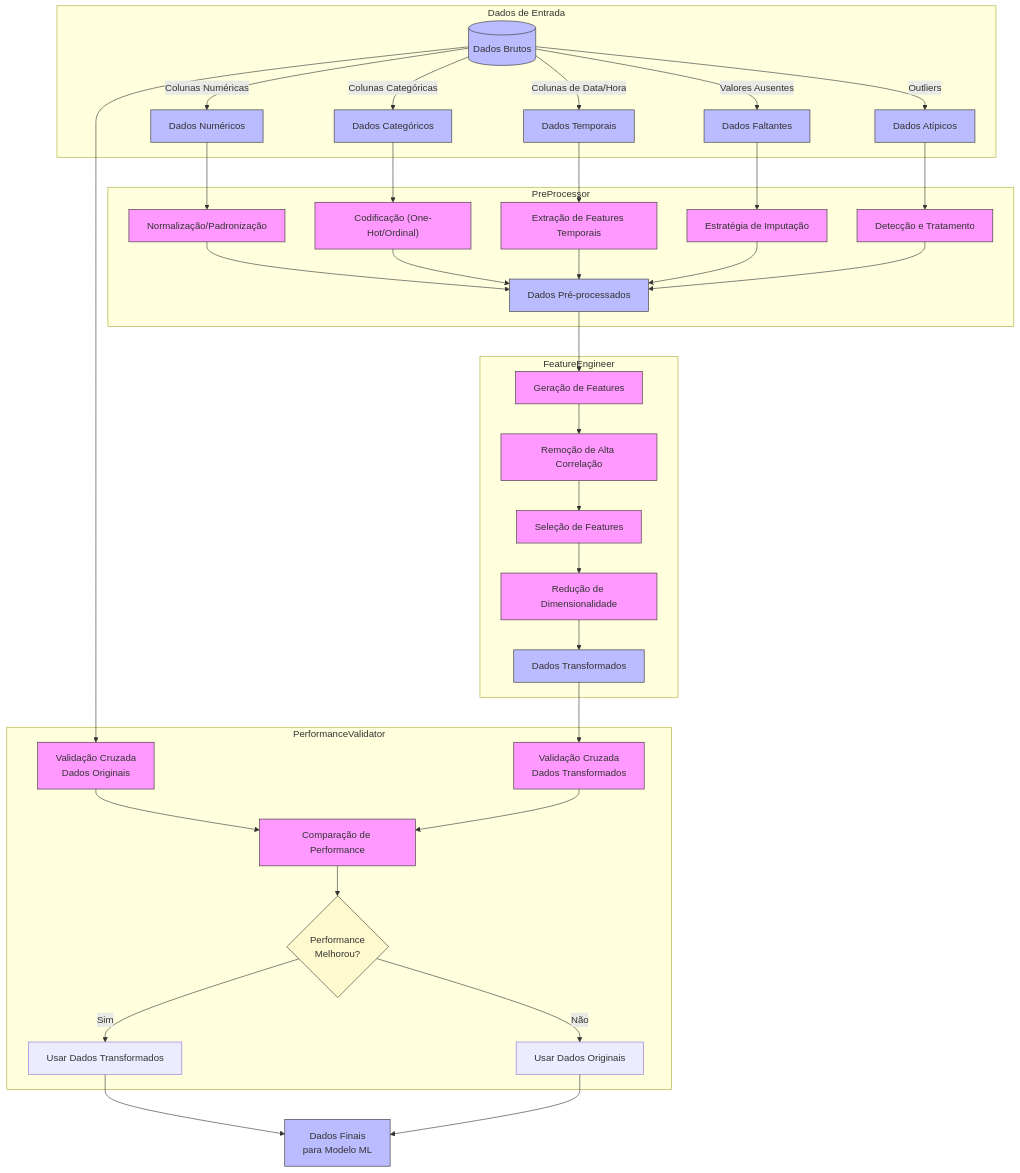
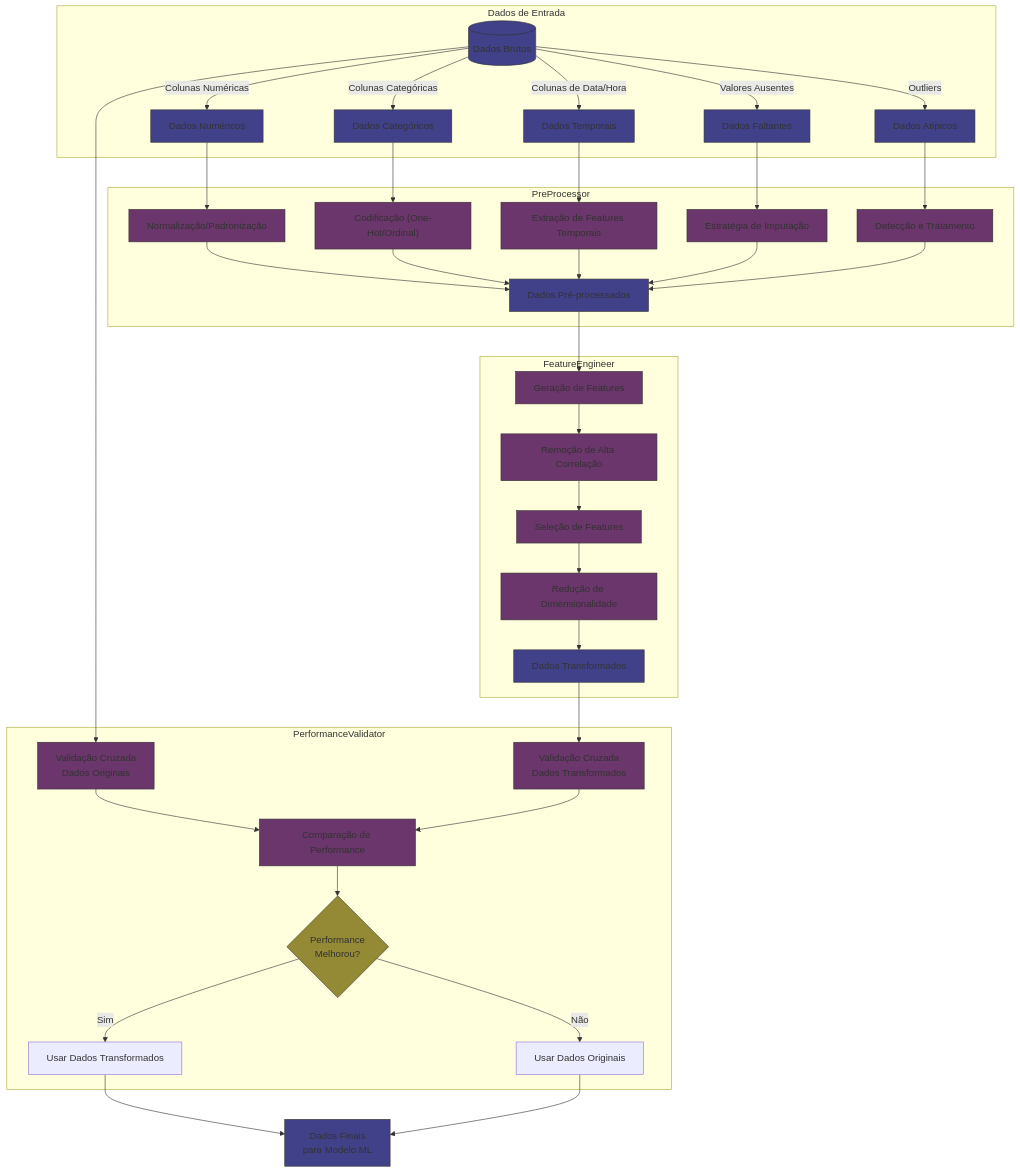
The diagram in readme.md (paulohenriquevn/autofeat), drawn with Mermaid before and after one commit.

Commit message:
Alterando cores grafico

````diff
--- a/readme.md
+++ b/readme.md
@@ -116,51 +116,51 @@
 ```mermaid
 graph TD
     subgraph "Dados de Entrada"
         raw[("Dados Brutos")]
         raw --> |"Colunas Numéricas"| num["Dados Numéricos"]
         raw --> |"Colunas Categóricas"| cat["Dados Categóricos"]
         raw --> |"Colunas de Data/Hora"| dt["Dados Temporais"]
         raw --> |"Valores Ausentes"| na["Dados Faltantes"]
         raw --> |"Outliers"| out["Dados Atípicos"]
     end
     
     subgraph "PreProcessor"
         num --> num_proc["Normalização/Padronização"]
         cat --> cat_proc["Codificação (One-Hot/Ordinal)"]
         dt --> dt_proc["Extração de Features Temporais"]
         na --> na_proc["Estratégia de Imputação"]
         out --> out_proc["Detecção e Tratamento"]
         
         num_proc & cat_proc & dt_proc & na_proc & out_proc --> merged["Dados Pré-processados"]
     end
     
     subgraph "FeatureEngineer"
         merged --> fe1["Geração de Features"]
         fe1 --> fe2["Remoção de Alta Correlação"]
         fe2 --> fe3["Seleção de Features"]
         fe3 --> fe4["Redução de Dimensionalidade"]
         
         fe4 --> processed["Dados Transformados"]
     end
     
     subgraph "PerformanceValidator"
         raw --> cv1["Validação Cruzada\nDados Originais"]
         processed --> cv2["Validação Cruzada\nDados Transformados"]
         
         cv1 & cv2 --> compare["Comparação de Performance"]
         compare --> decision{"Performance\nMelhorou?"}
         
         decision -->|"Sim"| use_processed["Usar Dados Transformados"]
         decision -->|"Não"| use_raw["Usar Dados Originais"]
     end
     
     use_processed & use_raw --> final["Dados Finais\npara Modelo ML"]
     
-    classDef process fill:#f9f,stroke:#333,stroke-width:1px;
-    classDef data fill:#bbf,stroke:#333,stroke-width:1px;
-    classDef decision fill:#fffacd,stroke:#333,stroke-width:1px;
+    classDef process fill:#6b366b,stroke:#333,stroke-width:1px;
+    classDef data fill:#41418a,stroke:#333,stroke-width:1px;
+    classDef decision fill:#948a35,stroke:#333,stroke-width:1px;
     
     class num_proc,cat_proc,dt_proc,na_proc,out_proc,fe1,fe2,fe3,fe4,cv1,cv2,compare process;
     class raw,num,cat,dt,na,out,merged,processed,final data;
     class decision decision;
 ```
````
